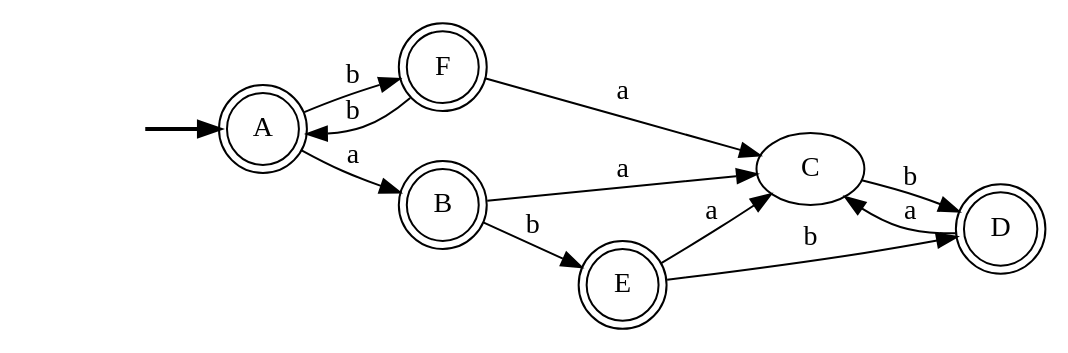
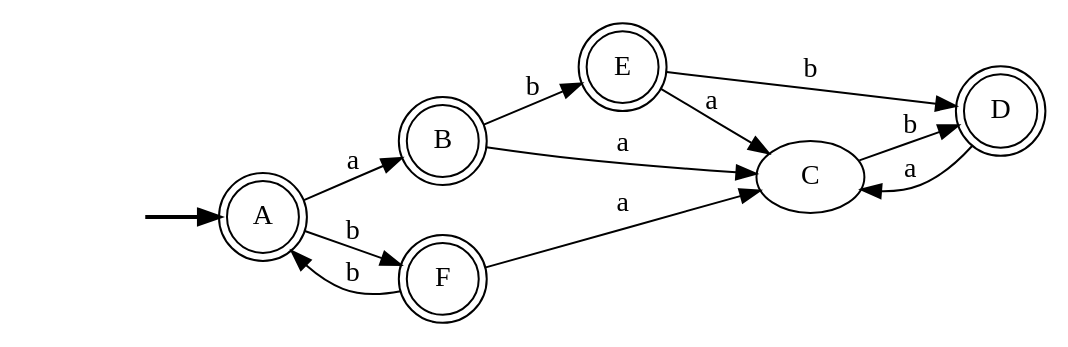
Before and after one commit to Yong-Park/proyecto1_Teoria_Computacion_UVG_2022: the diagram in DirectDFA.gv, drawn with Graphviz. The commit also changed other lines of this file and 5 other files, not shown here.

```diff
--- a/DirectDFA.gv
+++ b/DirectDFA.gv
@@ -1,21 +1,21 @@
 digraph {
 	fake [style=invisible]
 	B [shape=doublecircle]
+	A [root=true shape=doublecircle]
 	F [shape=doublecircle]
+	C
 	D [shape=doublecircle]
-	C
-	A [root=true shape=doublecircle]
 	E [shape=doublecircle]
 	fake -> A [style=bold]
+	A -> F [label=b]
+	A -> B [label=a]
 	D -> C [label=a]
+	E -> D [label=b]
 	F -> A [label=b]
-	A -> F [label=b]
+	B -> E [label=b]
+	F -> C [label=a]
 	B -> C [label=a]
-	E -> D [label=b]
-	B -> E [label=b]
 	C -> D [label=b]
-	F -> C [label=a]
-	A -> B [label=a]
 	E -> C [label=a]
 	rankdir=LR
 }
```
